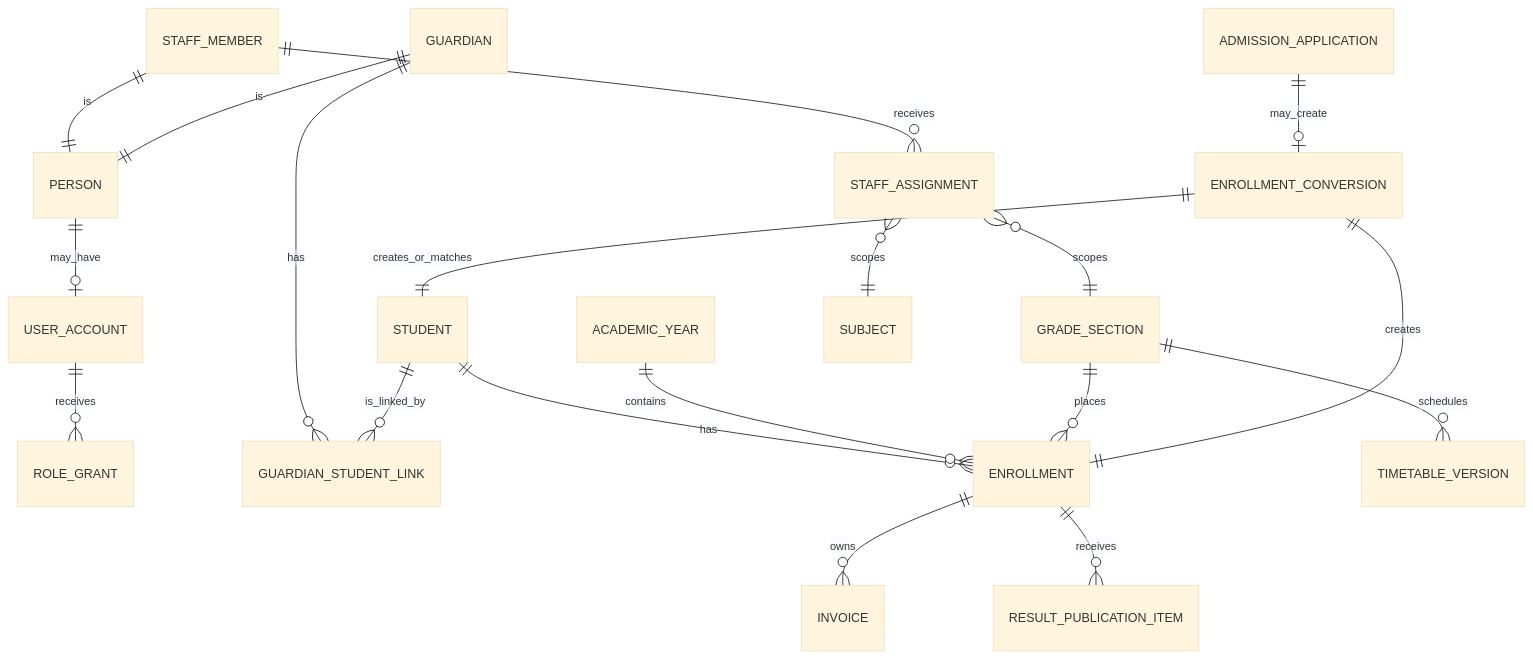
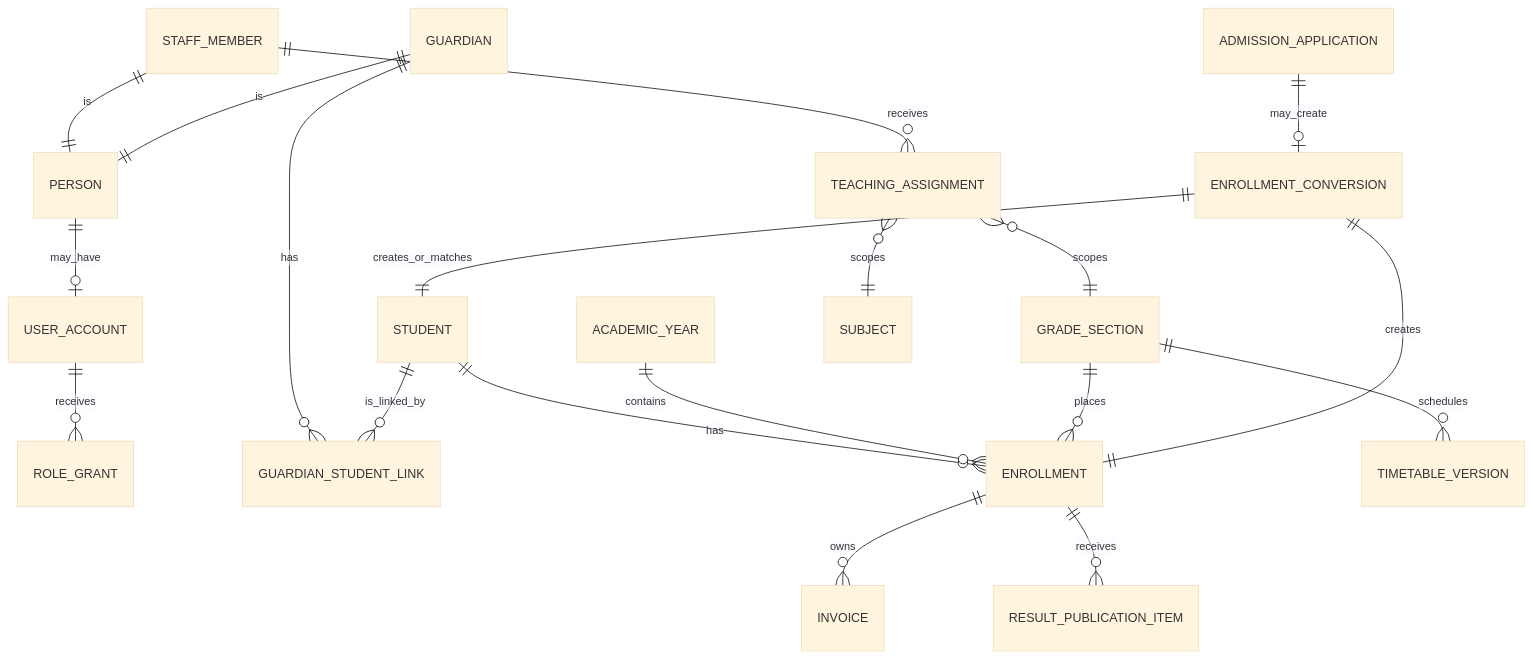
One commit to scnz313/FAIZ-A-AAM- changed the diagram in FEATURE-INTEGRATION-SPEC.md. Above: the diagram before and after it, drawn with Mermaid (base theme). The commit also changed other lines of this file and 140 other files, not shown here.

````diff
--- a/FEATURE-INTEGRATION-SPEC.md
+++ b/FEATURE-INTEGRATION-SPEC.md
@@ -90,21 +90,21 @@
 ```mermaid
 erDiagram
     PERSON ||--o| USER_ACCOUNT : may_have
     USER_ACCOUNT ||--o{ ROLE_GRANT : receives
     STAFF_MEMBER ||--|| PERSON : is
-    STAFF_MEMBER ||--o{ STAFF_ASSIGNMENT : receives
+    STAFF_MEMBER ||--o{ TEACHING_ASSIGNMENT : receives
     GUARDIAN ||--|| PERSON : is
     GUARDIAN ||--o{ GUARDIAN_STUDENT_LINK : has
     STUDENT ||--o{ GUARDIAN_STUDENT_LINK : is_linked_by
     STUDENT ||--o{ ENROLLMENT : has
     ACADEMIC_YEAR ||--o{ ENROLLMENT : contains
     GRADE_SECTION ||--o{ ENROLLMENT : places
     ADMISSION_APPLICATION ||--o| ENROLLMENT_CONVERSION : may_create
     ENROLLMENT_CONVERSION ||--|| STUDENT : creates_or_matches
     ENROLLMENT_CONVERSION ||--|| ENROLLMENT : creates
     ENROLLMENT ||--o{ INVOICE : owns
     ENROLLMENT ||--o{ RESULT_PUBLICATION_ITEM : receives
     GRADE_SECTION ||--o{ TIMETABLE_VERSION : schedules
-    STAFF_ASSIGNMENT }o--|| GRADE_SECTION : scopes
-    STAFF_ASSIGNMENT }o--|| SUBJECT : scopes
+    TEACHING_ASSIGNMENT }o--|| GRADE_SECTION : scopes
+    TEACHING_ASSIGNMENT }o--|| SUBJECT : scopes
 ```
````
